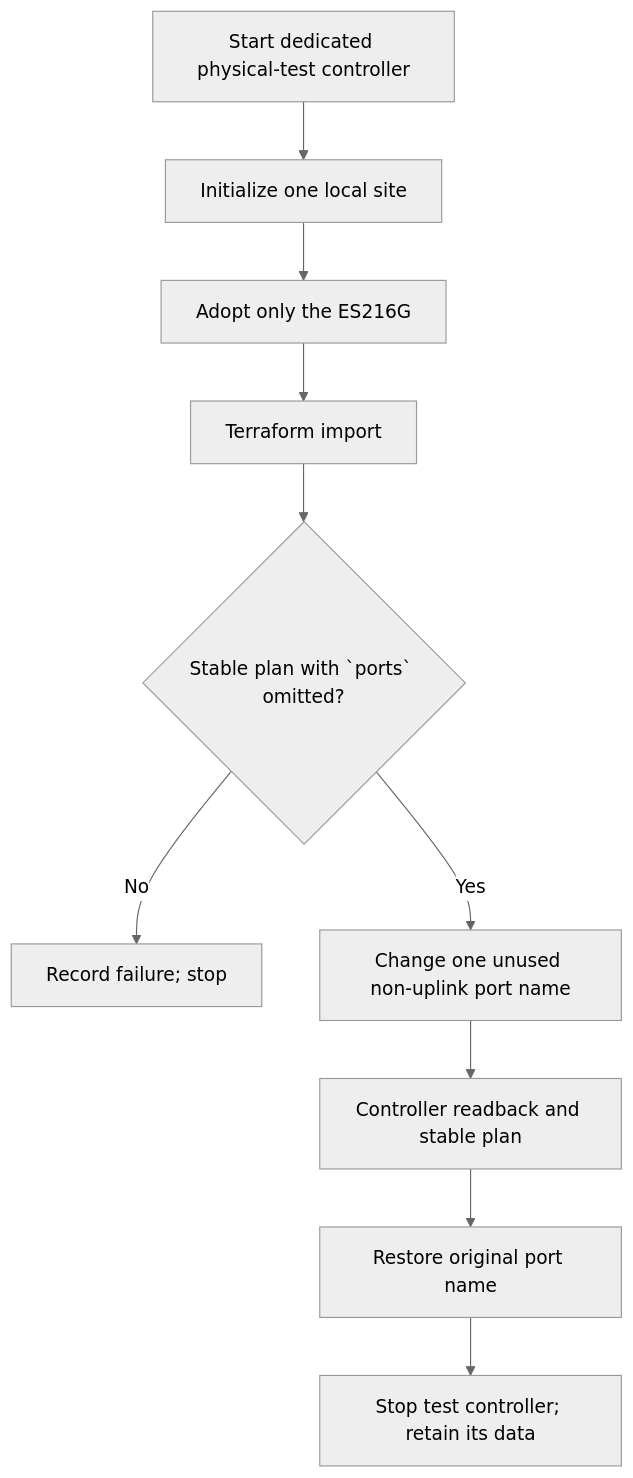
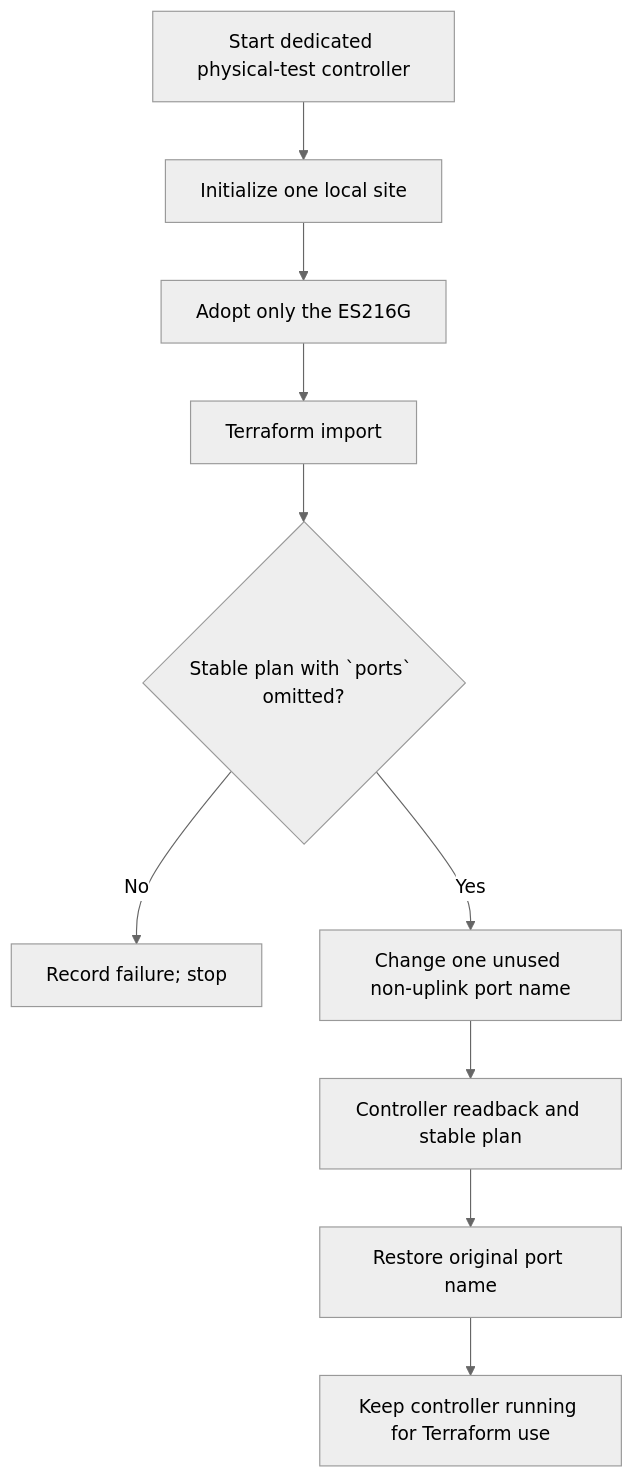
One commit to wbniv/terraform-provider-tplink-omada changed the second of 2 diagrams in docs/plans/es216g-terraform-acceptance.md. Above: the diagram before and after it, drawn with Mermaid (neutral theme). The commit also changed other lines of this file and 6 other files, not shown here.

````diff
--- a/docs/plans/es216g-terraform-acceptance.md
+++ b/docs/plans/es216g-terraform-acceptance.md
@@ -58,12 +61,12 @@
 ```mermaid
 flowchart TD
     A[Start dedicated physical-test controller] --> B[Initialize one local site]
     B --> C[Adopt only the ES216G]
     C --> D[Terraform import]
     D --> E{Stable plan with `ports` omitted?}
     E -->|No| X[Record failure; stop]
     E -->|Yes| F[Change one unused non-uplink port name]
     F --> G[Controller readback and stable plan]
     G --> H[Restore original port name]
-    H --> I[Stop test controller; retain its data]
+    H --> I[Keep controller running for Terraform use]
 ```
````
